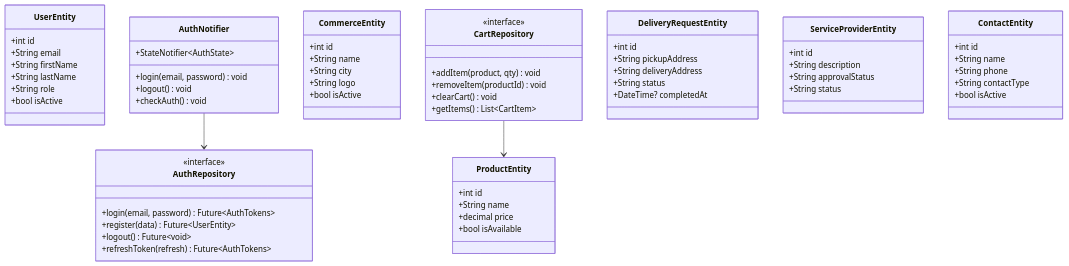
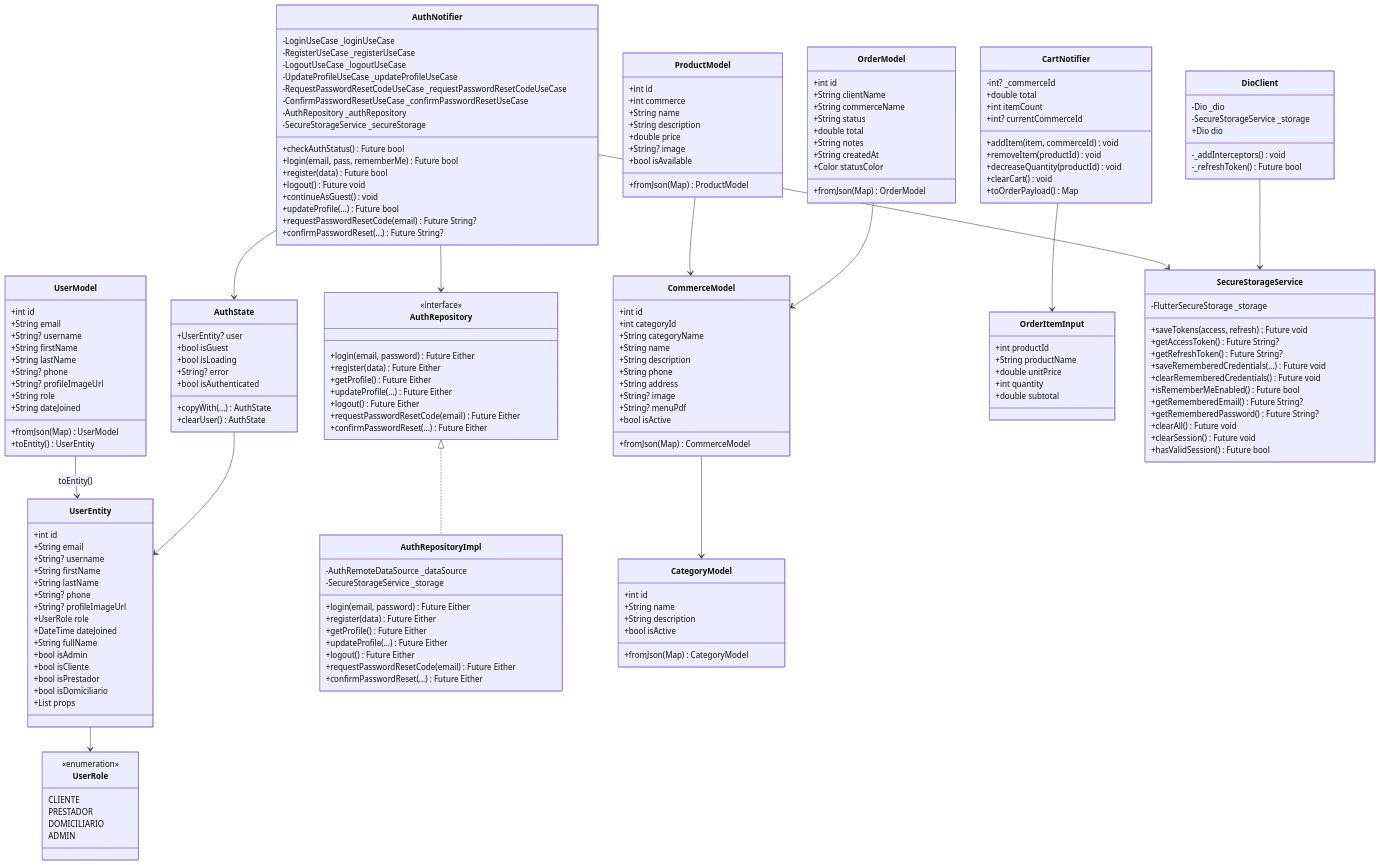
One commit to Karatsuyu/Runners changed the seventh of 42 diagrams in Documento_Desarrollo_Runners.md. Above: the diagram before and after it, drawn with Mermaid. The commit also changed other lines of this file and 4 other files, not shown here.

Commit message:
docs: sync runners documentation and flows

````diff
--- a/Documento_Desarrollo_Runners.md
+++ b/Documento_Desarrollo_Runners.md
@@ -1428,75 +1466,195 @@
 ```mermaid
 classDiagram
+    class UserRole {
+        <<enumeration>>
+        CLIENTE
+        PRESTADOR
+        DOMICILIARIO
+        ADMIN
+    }
+
     class UserEntity {
         +int id
         +String email
+        +String? username
         +String firstName
         +String lastName
+        +String? phone
+        +String? profileImageUrl
+        +UserRole role
+        +DateTime dateJoined
+        +String fullName
+        +bool isAdmin
+        +bool isCliente
+        +bool isPrestador
+        +bool isDomiciliario
+        +List props
+    }
+
+    class UserModel {
+        +int id
+        +String email
+        +String? username
+        +String firstName
+        +String lastName
+        +String? phone
+        +String? profileImageUrl
         +String role
-        +bool isActive
+        +String dateJoined
+        +fromJson(Map) UserModel
+        +toEntity() UserEntity
     }
 
     class AuthRepository {
         <<interface>>
-        +login(email, password) Future~AuthTokens~
-        +register(data) Future~UserEntity~
-        +logout() Future~void~
-        +refreshToken(refresh) Future~AuthTokens~
+        +login(email, password) Future Either
+        +register(data) Future Either
+        +getProfile() Future Either
+        +updateProfile(...) Future Either
+        +logout() Future Either
+        +requestPasswordResetCode(email) Future Either
+        +confirmPasswordReset(...) Future Either
+    }
+
+    class AuthRepositoryImpl {
+        -AuthRemoteDataSource _dataSource
+        -SecureStorageService _storage
+        +login(email, password) Future Either
+        +register(data) Future Either
+        +getProfile() Future Either
+        +updateProfile(...) Future Either
+        +logout() Future Either
+        +requestPasswordResetCode(email) Future Either
+        +confirmPasswordReset(...) Future Either
+    }
+
+    class AuthState {
+        +UserEntity? user
+        +bool isGuest
+        +bool isLoading
+        +String? error
+        +bool isAuthenticated
+        +copyWith(...) AuthState
+        +clearUser() AuthState
     }
 
     class AuthNotifier {
-        +StateNotifier~AuthState~
-        +login(email, password) void
-        +logout() void
-        +checkAuth() void
+        -LoginUseCase _loginUseCase
+        -RegisterUseCase _registerUseCase
+        -LogoutUseCase _logoutUseCase
+        -UpdateProfileUseCase _updateProfileUseCase
+        -RequestPasswordResetCodeUseCase _requestPasswordResetCodeUseCase
+        -ConfirmPasswordResetUseCase _confirmPasswordResetUseCase
+        -AuthRepository _authRepository
+        -SecureStorageService _secureStorage
+        +checkAuthStatus() Future bool
+        +login(email, pass, rememberMe) Future bool
+        +register(data) Future bool
+        +logout() Future void
+        +continueAsGuest() void
+        +updateProfile(...) Future bool
+        +requestPasswordResetCode(email) Future String?
+        +confirmPasswordReset(...) Future String?
     }
 
-    class CommerceEntity {
+    class CategoryModel {
         +int id
         +String name
-        +String city
-        +String logo
+        +String description
         +bool isActive
+        +fromJson(Map) CategoryModel
     }
 
-    class ProductEntity {
+    class CommerceModel {
         +int id
+        +int categoryId
+        +String categoryName
         +String name
-        +decimal price
-        +bool isAvailable
+        +String description
+        +String phone
+        +String address
+        +String? image
+        +String? menuPdf
+        +bool isActive
+        +fromJson(Map) CommerceModel
     }
 
-    class CartRepository {
-        <<interface>>
-        +addItem(product, qty) void
-        +removeItem(productId) void
-        +clearCart() void
-        +getItems() List~CartItem~
+    class ProductModel {
+        +int id
+        +int commerce
+        +String name
+        +String description
+        +double price
+        +String? image
+        +bool isAvailable
+        +fromJson(Map) ProductModel
     }
 
-    class DeliveryRequestEntity {
-        +int id
-        +String pickupAddress
-        +String deliveryAddress
-        +String status
-        +DateTime? completedAt
+    class OrderItemInput {
+        +int productId
+        +String productName
+        +double unitPrice
+        +int quantity
+        +double subtotal
     }
 
-    class ServiceProviderEntity {
+    class OrderModel {
         +int id
-        +String description
-        +String approvalStatus
+        +String clientName
+        +String commerceName
         +String status
+        +double total
+        +String notes
+        +String createdAt
+        +Color statusColor
+        +fromJson(Map) OrderModel
     }
 
-    class ContactEntity {
-        +int id
-        +String name
-        +String phone
-        +String contactType
-        +bool isActive
+    class CartNotifier {
+        -int? _commerceId
+        +addItem(item, commerceId) void
+        +removeItem(productId) void
+        +decreaseQuantity(productId) void
+        +clearCart() void
+        +double total
+        +int itemCount
+        +int? currentCommerceId
+        +toOrderPayload() Map
     }
 
+    class DioClient {
+        -Dio _dio
+        -SecureStorageService _storage
+        -_addInterceptors() void
+        -_refreshToken() Future bool
+        +Dio dio
+    }
+
+    class SecureStorageService {
+        -FlutterSecureStorage _storage
+        +saveTokens(access, refresh) Future void
+        +getAccessToken() Future String?
+        +getRefreshToken() Future String?
+        +saveRememberedCredentials(...) Future void
+        +clearRememberedCredentials() Future void
+        +isRememberMeEnabled() Future bool
+        +getRememberedEmail() Future String?
+        +getRememberedPassword() Future String?
+        +clearAll() Future void
+        +clearSession() Future void
+        +hasValidSession() Future bool
+    }
+
+    UserEntity --> UserRole
+    UserModel --> UserEntity : toEntity()
+    AuthRepository <|.. AuthRepositoryImpl
     AuthNotifier --> AuthRepository
-    CartRepository --> ProductEntity
+    AuthNotifier --> SecureStorageService
+    AuthNotifier --> AuthState
+    AuthState --> UserEntity
+    CartNotifier --> OrderItemInput
+    CommerceModel --> CategoryModel
+    ProductModel --> CommerceModel
+    OrderModel --> CommerceModel
+    DioClient --> SecureStorageService
 ```
````
